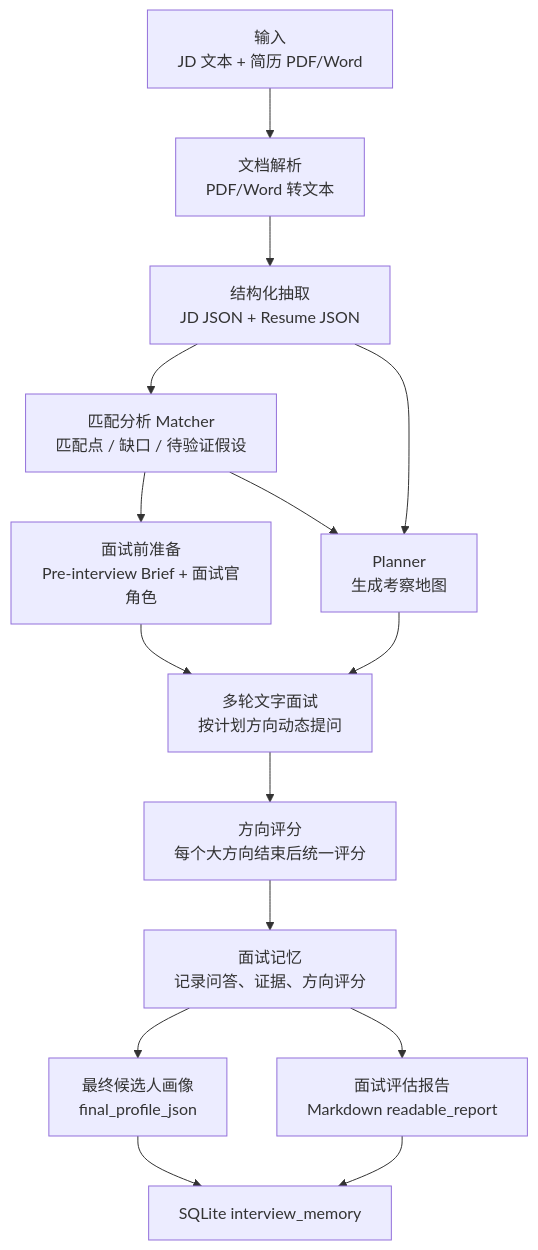
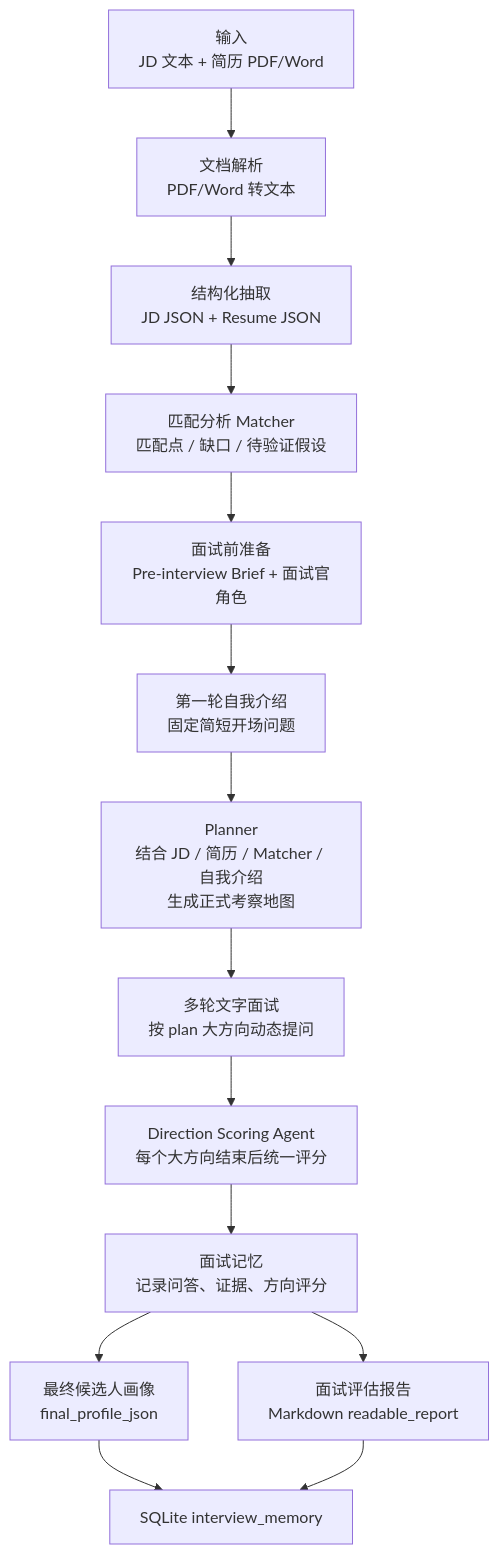
Before and after one commit to dwyyyyy/ai-interviewer: the first of 3 diagrams in README.md, drawn with Mermaid. The commit also changed other lines of this file, not shown here.

Commit message:
Document architecture prompts and challenges

````diff
--- a/README.md
+++ b/README.md
@@ -148,23 +153,22 @@
 ```mermaid
 flowchart TD
     A["输入<br/>JD 文本 + 简历 PDF/Word"] --> B["文档解析<br/>PDF/Word 转文本"]
 
     B --> C["结构化抽取<br/>JD JSON + Resume JSON"]
     C --> D["匹配分析 Matcher<br/>匹配点 / 缺口 / 待验证假设"]
 
     D --> E["面试前准备<br/>Pre-interview Brief + 面试官角色"]
-    D --> F["Planner<br/>生成考察地图"]
-    C --> F
+    E --> F["第一轮自我介绍<br/>固定简短开场问题"]
 
-    F --> G["多轮文字面试<br/>按计划方向动态提问"]
-    E --> G
+    F --> G["Planner<br/>结合 JD / 简历 / Matcher / 自我介绍<br/>生成正式考察地图"]
+    G --> H["多轮文字面试<br/>按 plan 大方向动态提问"]
 
-    G --> H["方向评分<br/>每个大方向结束后统一评分"]
-    H --> I["面试记忆<br/>记录问答、证据、方向评分"]
+    H --> I["Direction Scoring Agent<br/>每个大方向结束后统一评分"]
+    I --> J["面试记忆<br/>记录问答、证据、方向评分"]
 
-    I --> J["最终候选人画像<br/>final_profile_json"]
-    I --> K["面试评估报告<br/>Markdown readable_report"]
+    J --> K["最终候选人画像<br/>final_profile_json"]
+    J --> L["面试评估报告<br/>Markdown readable_report"]
 
-    J --> L["SQLite interview_memory"]
-    K --> L
+    K --> M["SQLite interview_memory"]
+    L --> M
 ```
````
